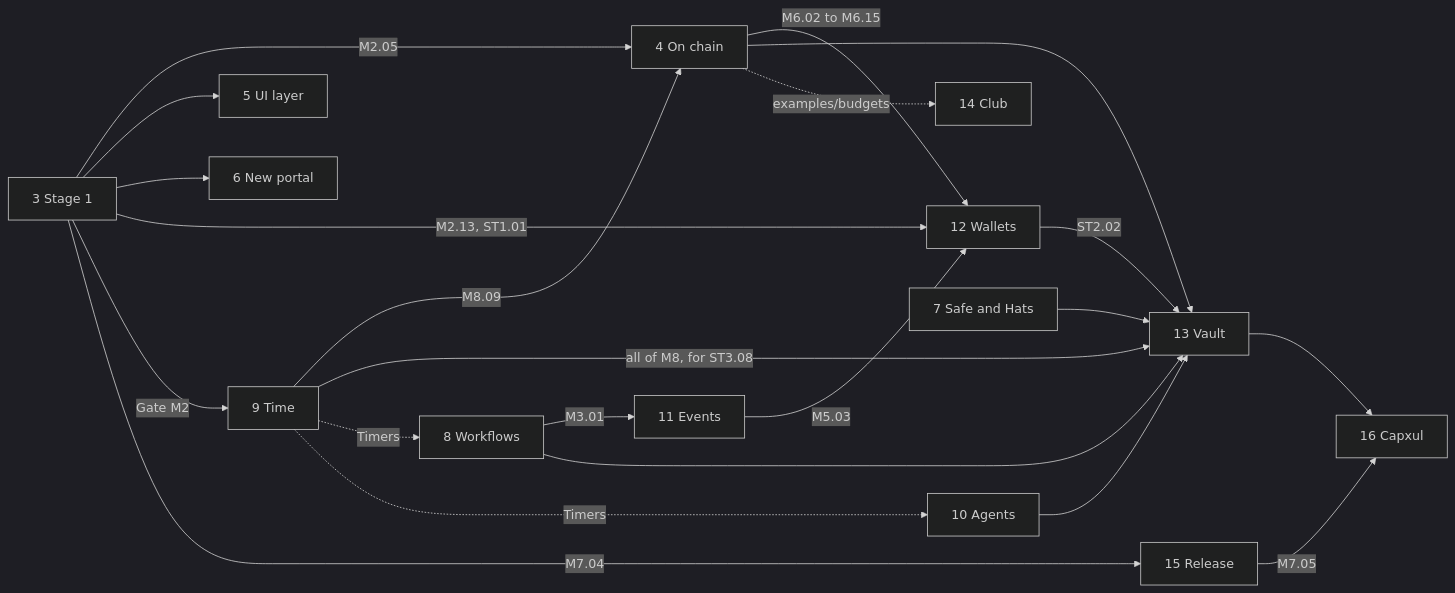
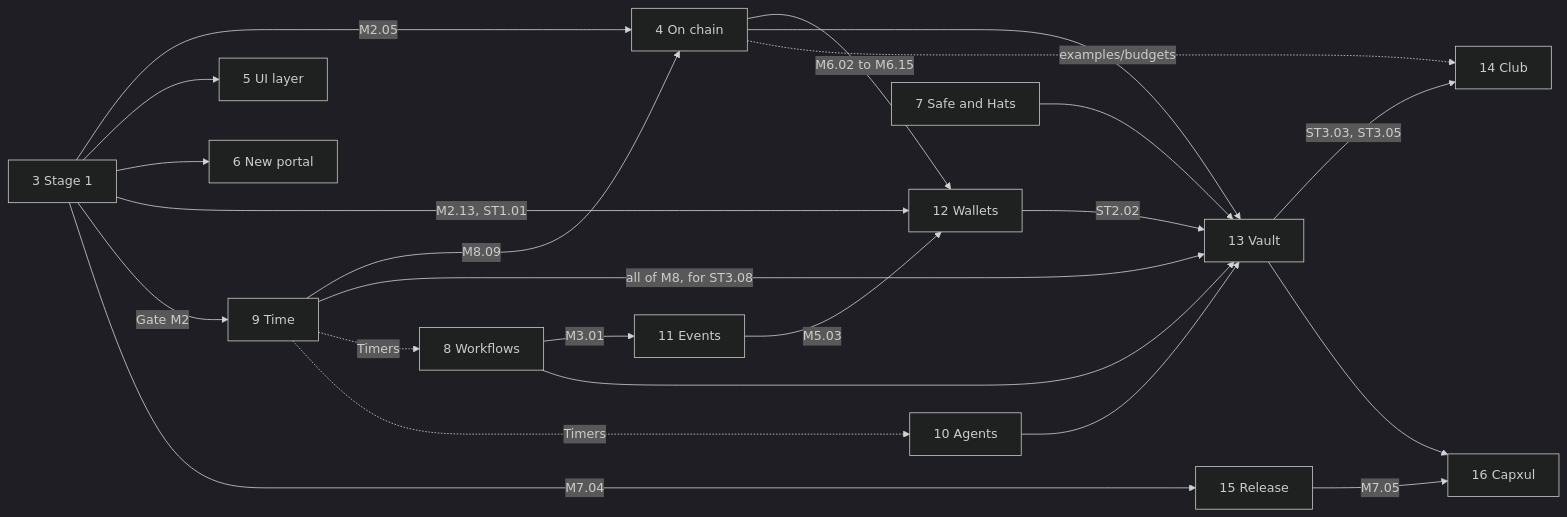
The diagram in design/goals/map.md (AaronAbuUsama/architect), drawn with Mermaid (dark theme) before and after one commit. The commit also changed other lines of this file and 14 other files, not shown here.

````diff
--- a/design/goals/map.md
+++ b/design/goals/map.md
@@ -74,24 +73,25 @@
 ```mermaid
 flowchart LR
   G3[3 Stage 1] -->|M2.05| G4[4 On chain]
   G3 --> G5[5 UI layer]
   G3 --> G6[6 New portal]
   G3 -->|M2.13, ST1.01| G12[12 Wallets]
   G3 -->|Gate M2| G9[9 Time]
   G3 -->|M7.04| G15[15 Release]
   G4 -->|M6.02 to M6.15| G12
   G4 --> G13[13 Vault]
   G4 -.examples/budgets.-> G14[14 Club]
+  G13 -->|ST3.03, ST3.05| G14
   G9 -->|M8.09| G4
   G9 -->|all of M8, for ST3.08| G13
   G9 -.Timers.-> G8[8 Workflows]
   G9 -.Timers.-> G10[10 Agents]
   G8 -->|M3.01| G11[11 Events]
   G11 -->|M5.03| G12
   G7[7 Safe and Hats] --> G13
   G8 --> G13
   G10 --> G13
   G12 -->|ST2.02| G13
   G15 -->|M7.05| G16[16 Capxul]
   G13 --> G16
 ```
````
